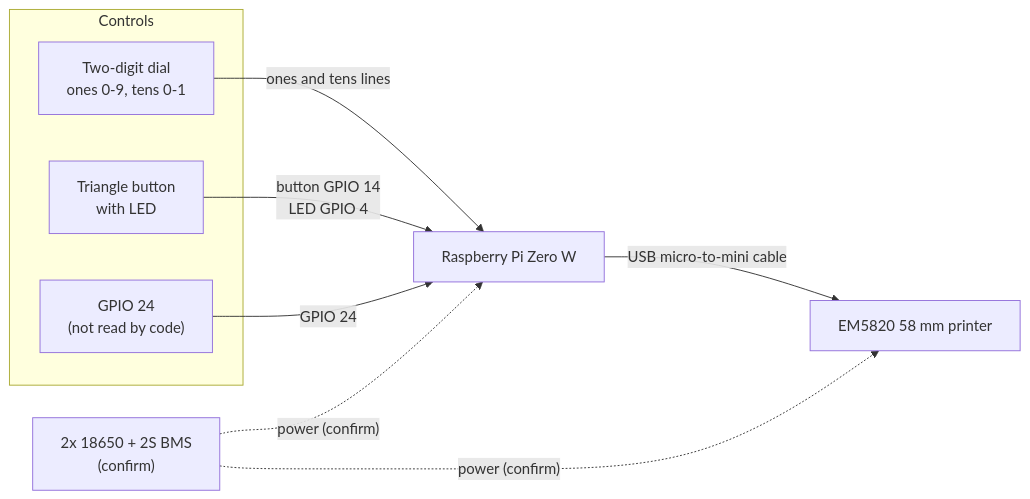
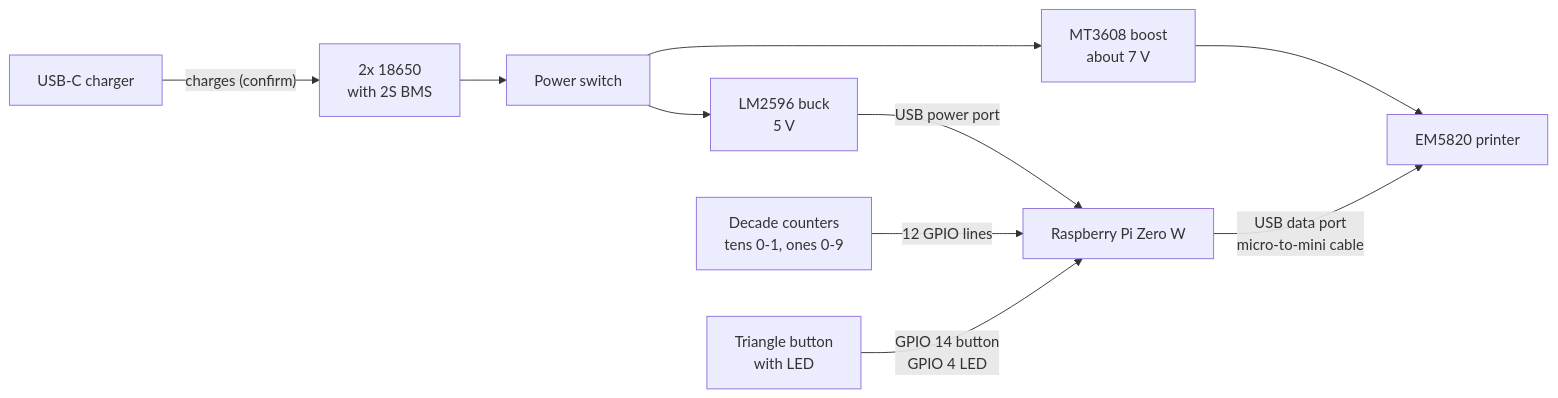
Before and after one commit to calvin-young/momir-machine: the diagram in docs/HARDWARE.md, drawn with Mermaid. The commit also changed other lines of this file and 7 other files, not shown here.

````diff
--- a/docs/HARDWARE.md
+++ b/docs/HARDWARE.md
@@ -30,18 +30,12 @@
 ```mermaid
 flowchart LR
-    subgraph Controls
-        dial["Two-digit dial<br/>ones 0-9, tens 0-1"]
-        btn["Triangle button<br/>with LED"]
-        spare["GPIO 24<br/>(not read by code)"]
-    end
-    pi["Raspberry Pi Zero W"]
-    printer["EM5820 58 mm printer"]
-    batt["2x 18650 + 2S BMS<br/>(confirm)"]
-
-    dial -- "ones and tens lines" --> pi
-    btn -- "button GPIO 14<br/>LED GPIO 4" --> pi
-    spare -- "GPIO 24" --> pi
-    pi -- "USB micro-to-mini cable" --> printer
-    batt -. "power (confirm)" .-> pi
-    batt -. "power (confirm)" .-> printer
+    usbc["USB-C charger"] -- "charges (confirm)" --> pack
+    pack["2x 18650<br/>with 2S BMS"] --> switch["Power switch"]
+    switch --> boost["MT3608 boost<br/>about 7 V"]
+    switch --> buck["LM2596 buck<br/>5 V"]
+    boost --> printer["EM5820 printer"]
+    buck -- "USB power port" --> pi["Raspberry Pi Zero W"]
+    pi -- "USB data port<br/>micro-to-mini cable" --> printer
+    dial["Decade counters<br/>tens 0-1, ones 0-9"] -- "12 GPIO lines" --> pi
+    btn["Triangle button<br/>with LED"] -- "GPIO 14 button<br/>GPIO 4 LED" --> pi
 ```
````
